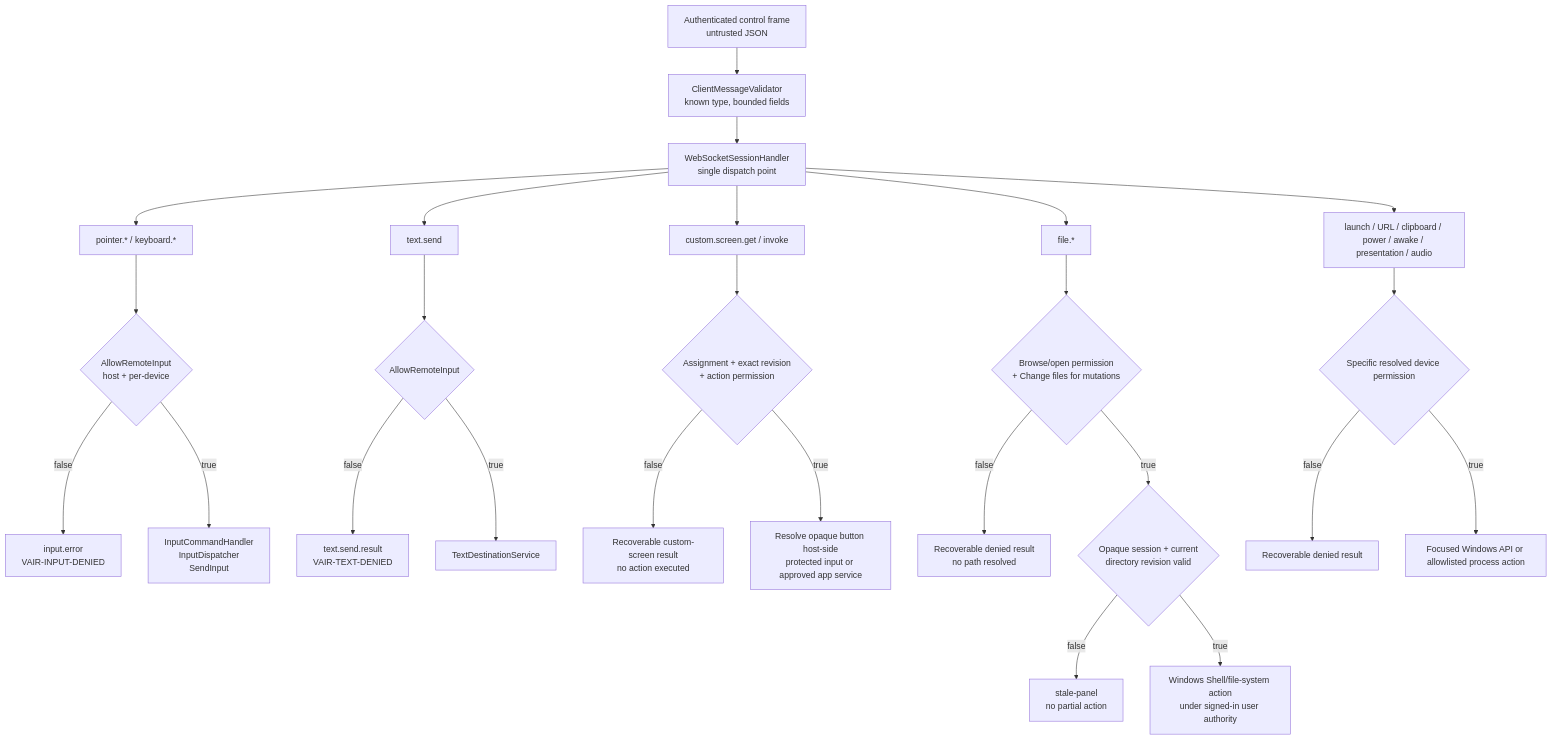
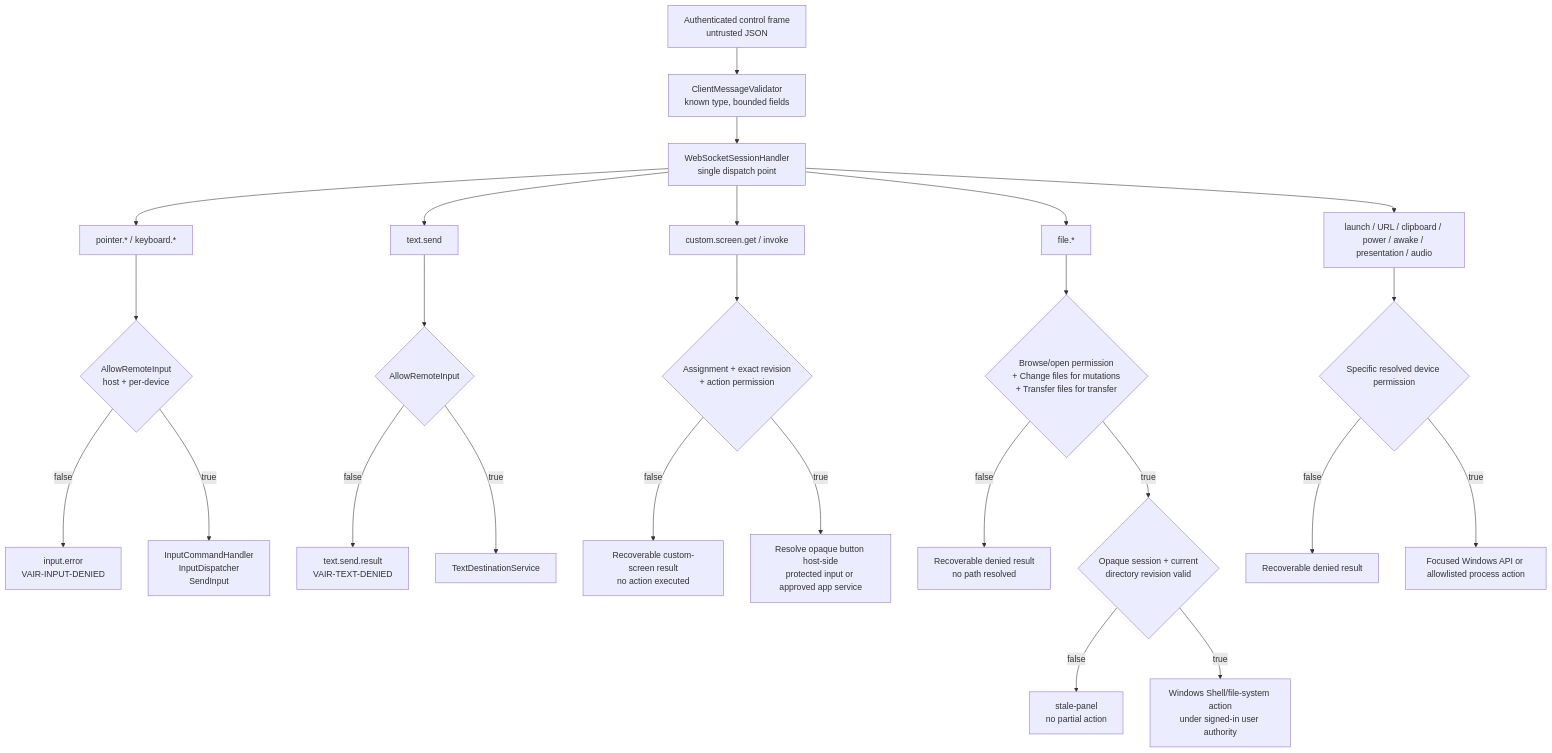
One commit to voltura/voltura-air changed the fourth of 7 diagrams in docs/security-architecture-diagrams.md. Above: the diagram before and after it, drawn with Mermaid. The commit also changed other lines of this file and 70 other files, not shown here.

````diff
--- a/docs/security-architecture-diagrams.md
+++ b/docs/security-architecture-diagrams.md
@@ -100,32 +103,32 @@
 ```mermaid
 flowchart TD
   Frame["Authenticated control frame\nuntrusted JSON"] --> Validate["ClientMessageValidator\nknown type, bounded fields"]
   Validate --> Dispatch["WebSocketSessionHandler\nsingle dispatch point"]
 
   Dispatch --> Input["pointer.* / keyboard.*"]
   Input --> RemoteInput{"AllowRemoteInput\nhost + per-device"}
   RemoteInput -- "false" --> InputDenied["input.error\nVAIR-INPUT-DENIED"]
   RemoteInput -- "true" --> SendInput["InputCommandHandler\nInputDispatcher\nSendInput"]
 
   Dispatch --> Text["text.send"]
   Text --> TextPerm{"AllowRemoteInput"}
   TextPerm -- "false" --> TextDenied["text.send.result\nVAIR-TEXT-DENIED"]
   TextPerm -- "true" --> TextSink["TextDestinationService"]
 
   Dispatch --> Custom["custom.screen.get / invoke"]
   Custom --> CustomGate{"Assignment + exact revision\n+ action permission"}
   CustomGate -- "false" --> CustomDenied["Recoverable custom-screen result\nno action executed"]
   CustomGate -- "true" --> OpaqueAction["Resolve opaque button host-side\nprotected input or approved app service"]
 
   Dispatch --> Files["file.*"]
-  Files --> FilePerm{"Browse/open permission\n+ Change files for mutations"}
+  Files --> FilePerm{"Browse/open permission\n+ Change files for mutations\n+ Transfer files for transfer"}
   FilePerm -- "false" --> FileDenied["Recoverable denied result\nno path resolved"]
   FilePerm -- "true" --> FileRevision{"Opaque session + current\ndirectory revision valid"}
   FileRevision -- "false" --> FileStale["stale-panel\nno partial action"]
   FileRevision -- "true" --> FileAction["Windows Shell/file-system action\nunder signed-in user authority"]
 
   Dispatch --> Privileged["launch / URL / clipboard / power / awake / presentation / audio"]
   Privileged --> SpecificPerm{"Specific resolved device permission"}
   SpecificPerm -- "false" --> RecoverableDeny["Recoverable denied result"]
   SpecificPerm -- "true" --> WindowsAction["Focused Windows API or allowlisted process action"]
 ```
````
